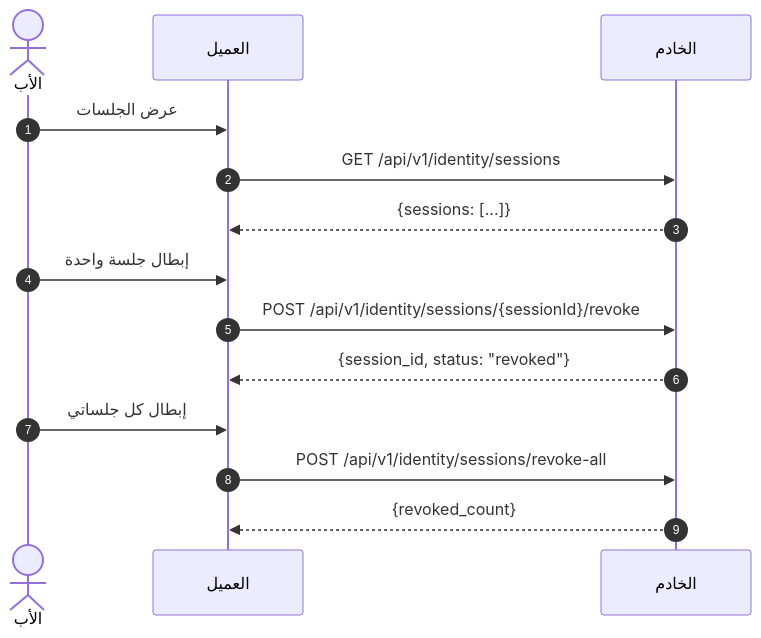
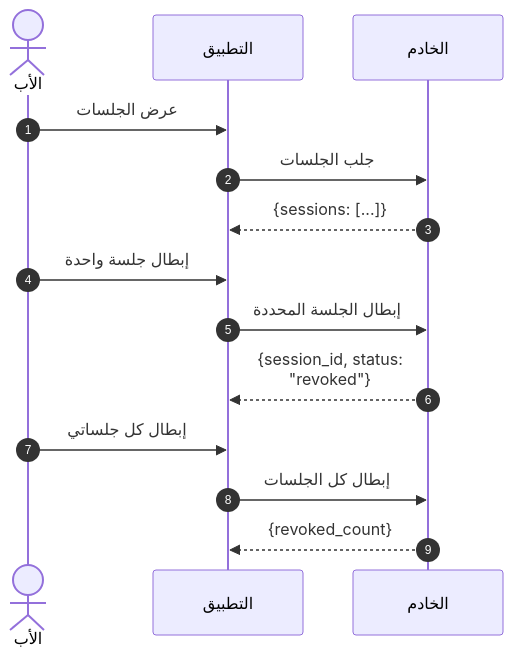
Diagram 17 of 36 in docs/family-os/governance/phases/phase-1/S1-02-identity-and-onboarding/DIAGRAMS.md (Bassam-mohammed-alqaeadi/family-os-v2), drawn with Mermaid before and after one commit. The commit also changed other lines of this file, not shown here.

````diff
--- a/docs/family-os/governance/phases/phase-1/S1-02-identity-and-onboarding/DIAGRAMS.md
+++ b/docs/family-os/governance/phases/phase-1/S1-02-identity-and-onboarding/DIAGRAMS.md
@@ -698,16 +748,17 @@
 ```mermaid
+%%{init: {"sequence": {"wrap": true}}}%%
 sequenceDiagram
     autonumber
     actor Father as الأب
-    participant Client as العميل
+    participant App as التطبيق
     participant Ktor as الخادم
-    Father->>Client: عرض الجلسات
-    Client->>Ktor: GET /api/v1/identity/sessions
-    Ktor-->>Client: {sessions: [...]}
-    Father->>Client: إبطال جلسة واحدة
-    Client->>Ktor: POST /api/v1/identity/sessions/{sessionId}/revoke
-    Ktor-->>Client: {session_id, status: "revoked"}
-    Father->>Client: إبطال كل جلساتي
-    Client->>Ktor: POST /api/v1/identity/sessions/revoke-all
-    Ktor-->>Client: {revoked_count}
+    Father->>App: عرض الجلسات
+    App->>Ktor: جلب الجلسات
+    Ktor-->>App: {sessions: [...]}
+    Father->>App: إبطال جلسة واحدة
+    App->>Ktor: إبطال الجلسة المحددة
+    Ktor-->>App: {session_id, status: "revoked"}
+    Father->>App: إبطال كل جلساتي
+    App->>Ktor: إبطال كل الجلسات
+    Ktor-->>App: {revoked_count}
 ```
````
